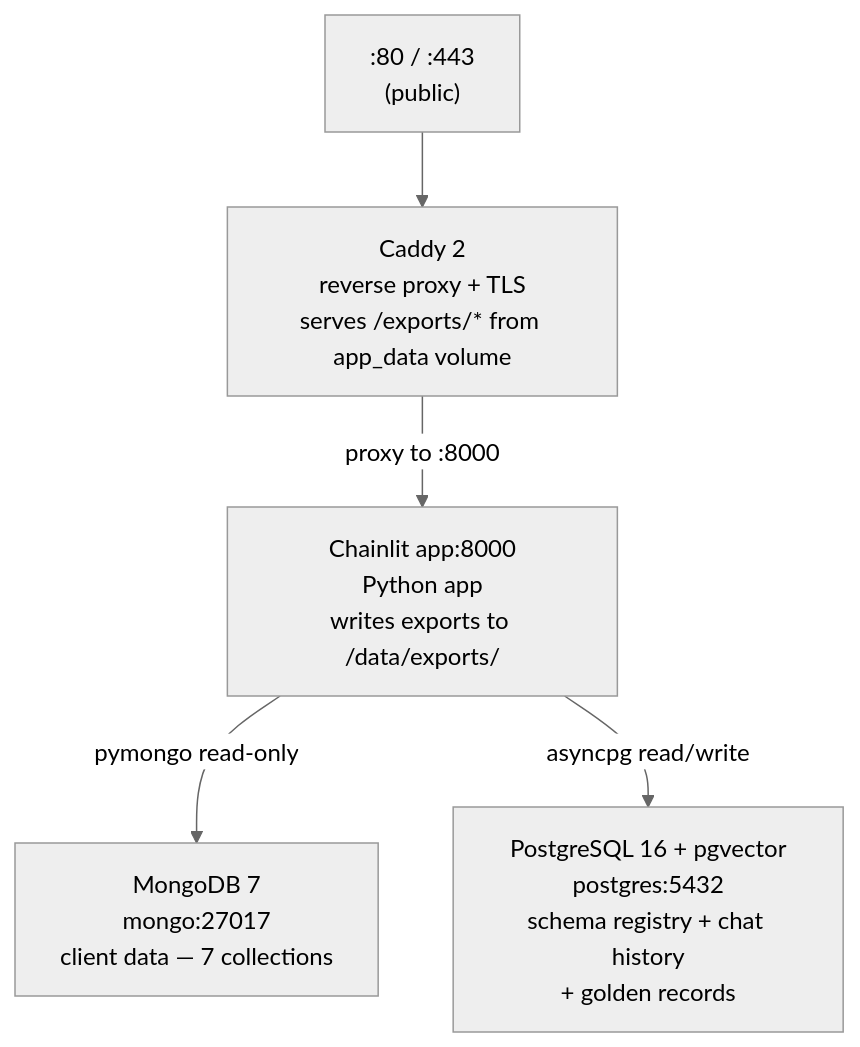
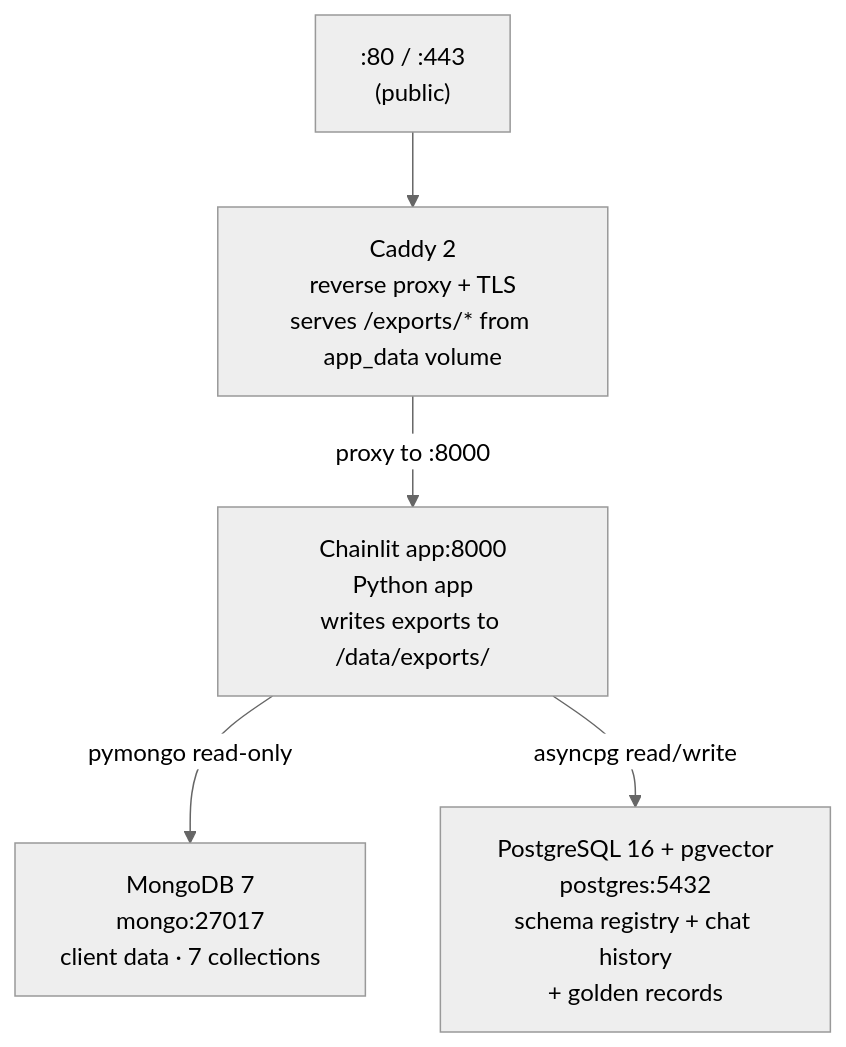
One commit to Wikolabs/bi-wikolabs changed the second of 4 diagrams in README.md. Above: the diagram before and after it, drawn with Mermaid (neutral theme). The commit also changed other lines of this file and 24 other files, not shown here.

````diff
--- a/README.md
+++ b/README.md
@@ -83,13 +83,13 @@
 ```mermaid
 flowchart TD
     Internet[":80 / :443\n(public)"]
     Caddy["Caddy 2\nreverse proxy + TLS\nserves /exports/* from app_data volume"]
     App["Chainlit app:8000\nPython app\nwrites exports to /data/exports/"]
-    MongoDB["MongoDB 7\nmongo:27017\nclient data — 7 collections"]
+    MongoDB["MongoDB 7\nmongo:27017\nclient data · 7 collections"]
     PG["PostgreSQL 16 + pgvector\npostgres:5432\nschema registry + chat history\n+ golden records"]
 
     Internet --> Caddy
     Caddy -->|"proxy to :8000"| App
     App -->|pymongo read-only| MongoDB
     App -->|asyncpg read/write| PG
 ```
````
